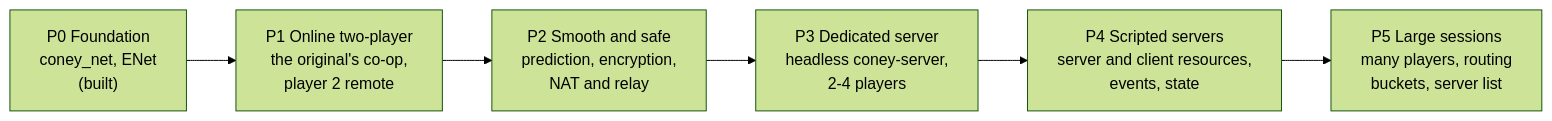
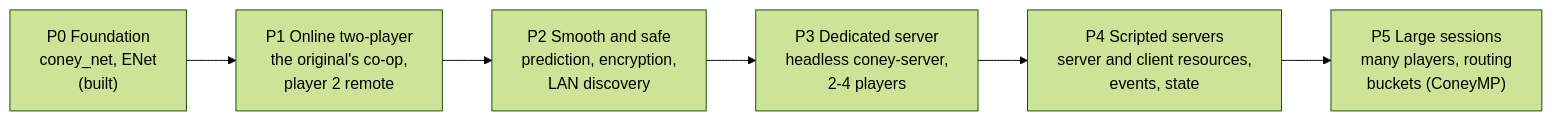
The first of 3 diagrams in docs/guides/network-architecture.md (Ryubara/coney), drawn with Mermaid (forest theme) before and after one commit. The commit also changed other lines of this file, not shown here.

First line of the commit message:
docs: Settle co-op joining on ENet with no Coney services

````diff
--- a/docs/guides/network-architecture.md
+++ b/docs/guides/network-architecture.md
@@ -73,8 +74,8 @@
 ```mermaid
 flowchart LR
     P0["P0 Foundation<br/>coney_net, ENet<br/>(built)"] --> P1["P1 Online two-player<br/>the original's co-op,<br/>player 2 remote"]
-    P1 --> P2["P2 Smooth and safe<br/>prediction, encryption,<br/>NAT and relay"]
+    P1 --> P2["P2 Smooth and safe<br/>prediction, encryption,<br/>LAN discovery"]
     P2 --> P3["P3 Dedicated server<br/>headless coney-server,<br/>2-4 players"]
     P3 --> P4["P4 Scripted servers<br/>server and client resources,<br/>events, state"]
-    P4 --> P5["P5 Large sessions<br/>many players, routing<br/>buckets, server list"]
+    P4 --> P5["P5 Large sessions<br/>many players, routing<br/>buckets (ConeyMP)"]
 ```
````
